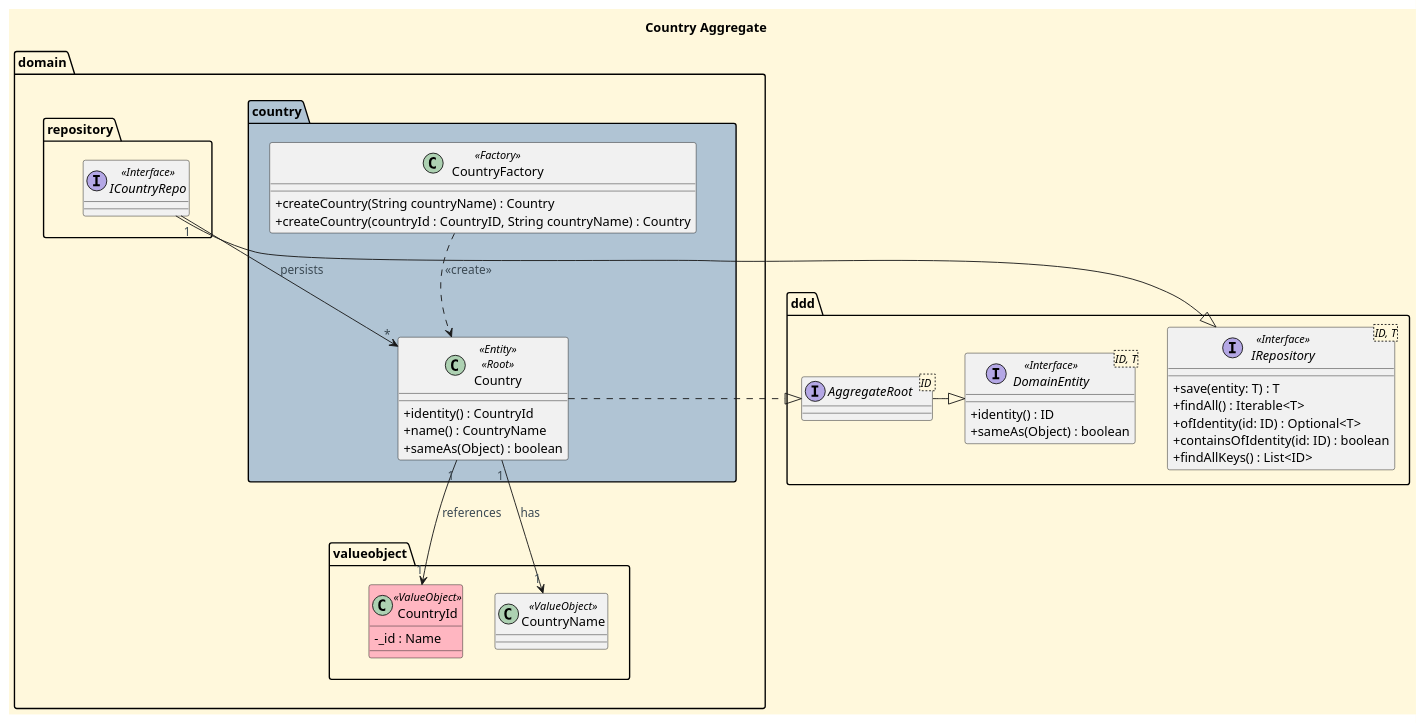
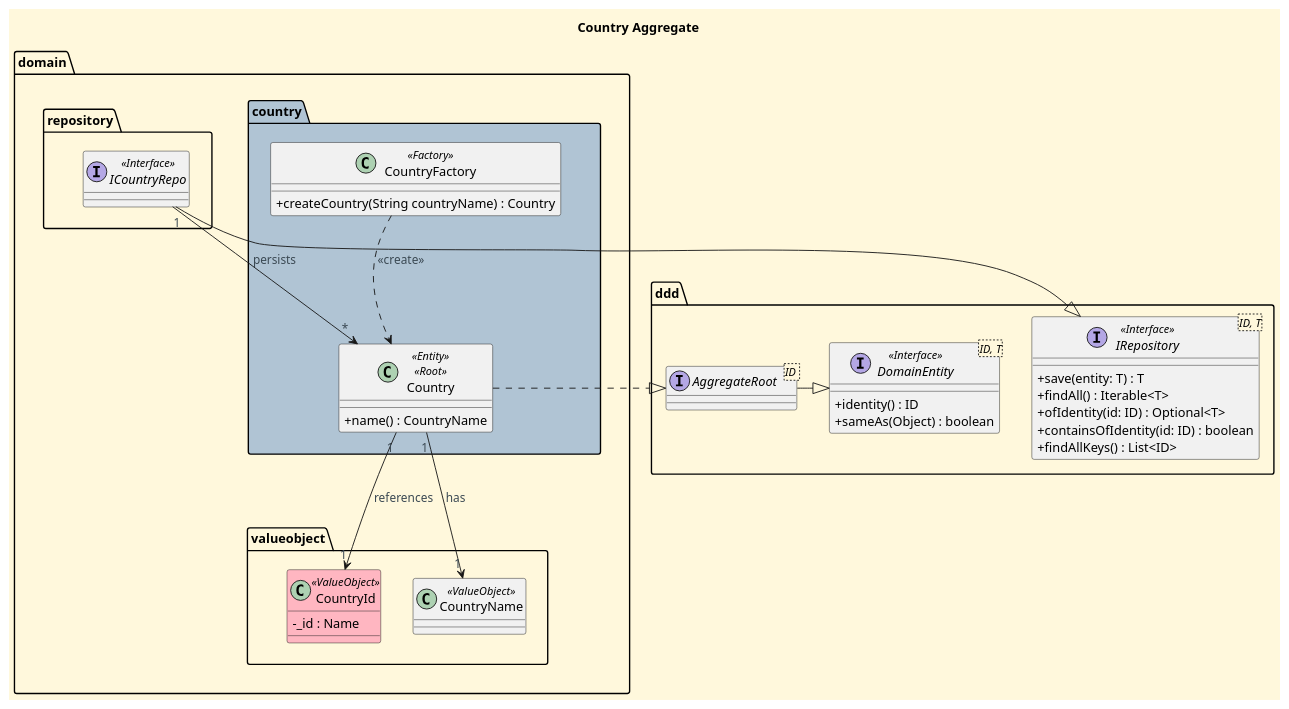
Before and after one commit to CarolinaLeite-collab/JavaMarketplacePlatform: the diagram in docs/aggregates-diagrams/Country_Aggregate.puml, drawn with PlantUML.

Commit message:
fix: Alterations to Country_Aggregate diagram according to @VivianSandlerISEP PR review, #889

```diff
--- a/docs/aggregates-diagrams/Country_Aggregate.puml
+++ b/docs/aggregates-diagrams/Country_Aggregate.puml
@@ -1,85 +1,85 @@
 @startuml
 
 title Country Aggregate
 
 '==== basic style ====
 skinparam monochrome false
 skinparam shadowing false
 skinparam defaultFontName Futura
 skinparam objectFontSize 20
 skinparam backgroundColor CornSilk
 skinparam objectBackgroundColor WhiteSmoke
 skinparam noteBackgroundColor #FFFFE0
 skinparam ArrowFontColor #3B4953
 skinparam ActivationBackgroundColor black
 skinparam classAttributeIconSize 0
 
 top to bottom direction
 
 Package "domain" {
 
     Package "country" <<Folder>> #b0c4d4 {
         class Country <<Entity>> <<Root>> {
-            +identity() : CountryId
+
             +name() : CountryName
-            +sameAs(Object) : boolean
+
         }
 
         class CountryFactory <<Factory>> {
             +createCountry(String countryName) : Country
-            +createCountry(countryId : CountryID, String countryName) : Country
+
         }
     }
 
     Package "valueobject" <<Folder>> {
         class CountryId <<ValueObject>> #LightPink {
         -_id : Name
         }
 
         class CountryName <<ValueObject>> {
         }
     }
 
     Package "repository" <<Folder>> {
         interface ICountryRepo <<Interface>> {
         }
     }
 
     ' Layout adjustments
     valueobject -[hidden]right- repository
     country -[hidden]down- valueobject
 }
 
 Package "ddd" {
     interface "IRepository<ID, T>" as IRepository <<Interface>> {
         +save(entity: T) : T
         +findAll() : Iterable<T>
         +ofIdentity(id: ID) : Optional<T>
         +containsOfIdentity(id: ID) : boolean
         +findAllKeys() : List<ID>
     }
 
     interface AggregateRoot <ID >{
     }
 
     interface DomainEntity<ID, T> <<Interface>> {
         +identity() : ID
         +sameAs(Object) : boolean
     }
 }
 
 ' ===== Relations =====
 
 Country "1" --> "1" CountryId : references
 Country "1" --> "1" CountryName : has
 
 ICountryRepo -|> IRepository
 ICountryRepo "1" --> "*" Country : persists
 
 CountryFactory ..> Country : <<create>>
 
 AggregateRoot -|> DomainEntity
 Country .|> AggregateRoot
 
 
 @enduml
```
